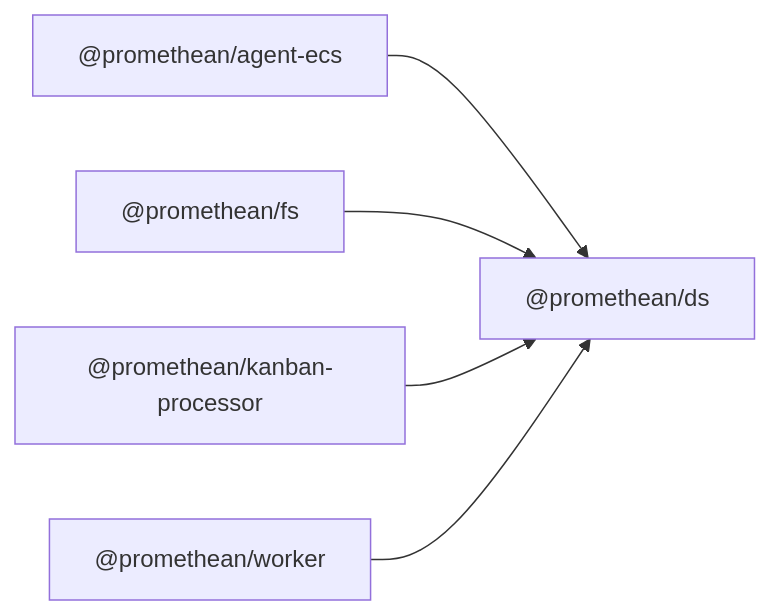
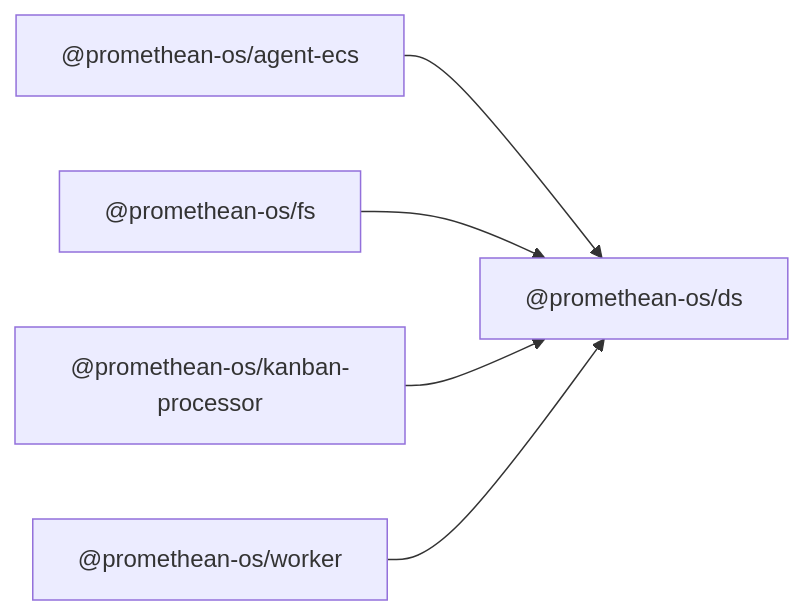
The diagram in docs/packages/ds/README.md (octave-commons/promethean), drawn with Mermaid before and after one commit. The commit also changed other lines of this file and 1753 other files, not shown here.

````diff
--- a/docs/packages/ds/README.md
+++ b/docs/packages/ds/README.md
@@ -14,16 +14,16 @@
 ```mermaid
 graph LR
-  A["@promethean/ds"]
-  R1["@promethean/agent-ecs"]
-  R2["@promethean/fs"]
-  R3["@promethean/kanban-processor"]
-  R4["@promethean/worker"]
-  R1["@promethean/agent-ecs"] --> A
-  R2["@promethean/fs"] --> A
-  R3["@promethean/kanban-processor"] --> A
-  R4["@promethean/worker"] --> A
-  click R1 "../agent-ecs/README.md" "@promethean/agent-ecs"
-  click R2 "../fs/README.md" "@promethean/fs"
-  click R3 "../kanban-processor/README.md" "@promethean/kanban-processor"
-  click R4 "../worker/README.md" "@promethean/worker"
+  A["@promethean-os/ds"]
+  R1["@promethean-os/agent-ecs"]
+  R2["@promethean-os/fs"]
+  R3["@promethean-os/kanban-processor"]
+  R4["@promethean-os/worker"]
+  R1["@promethean-os/agent-ecs"] --> A
+  R2["@promethean-os/fs"] --> A
+  R3["@promethean-os/kanban-processor"] --> A
+  R4["@promethean-os/worker"] --> A
+  click R1 "../agent-ecs/README.md" "@promethean-os/agent-ecs"
+  click R2 "../fs/README.md" "@promethean-os/fs"
+  click R3 "../kanban-processor/README.md" "@promethean-os/kanban-processor"
+  click R4 "../worker/README.md" "@promethean-os/worker"
 ```
````
